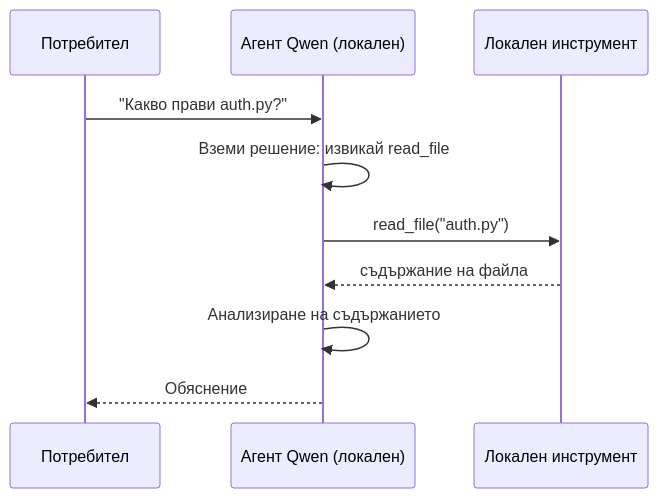
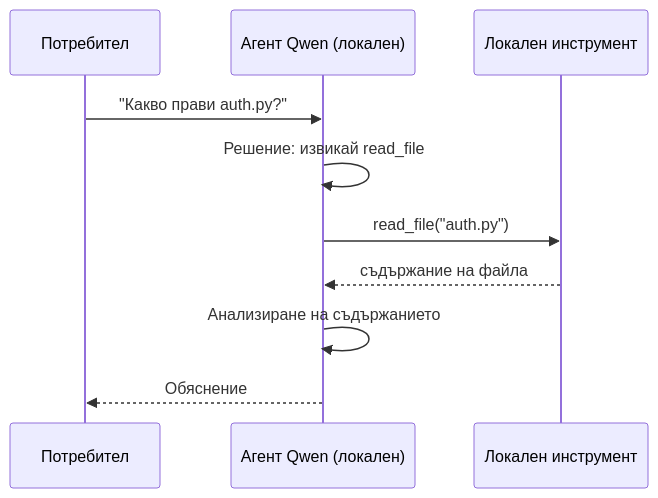
Before and after one commit to microsoft/ai-agents-for-beginners: the second of 4 diagrams in translations/bg/17-creating-local-ai-agents/README.md, drawn with Mermaid. The commit also changed other lines of this file and 46 other files, not shown here.

````diff
--- a/translations/bg/17-creating-local-ai-agents/README.md
+++ b/translations/bg/17-creating-local-ai-agents/README.md
@@ -106,12 +106,12 @@
 ```mermaid
 sequenceDiagram
     participant U as Потребител
     participant A as Агент Qwen (локален)
     participant T as Локален инструмент
     U->>A: "Какво прави auth.py?"
-    A->>A: Вземи решение: извикай read_file
+    A->>A: Решение: извикай read_file
     A->>T: read_file("auth.py")
     T-->>A: съдържание на файла
     A->>A: Анализиране на съдържанието
     A-->>U: Обяснение
 ```
````
